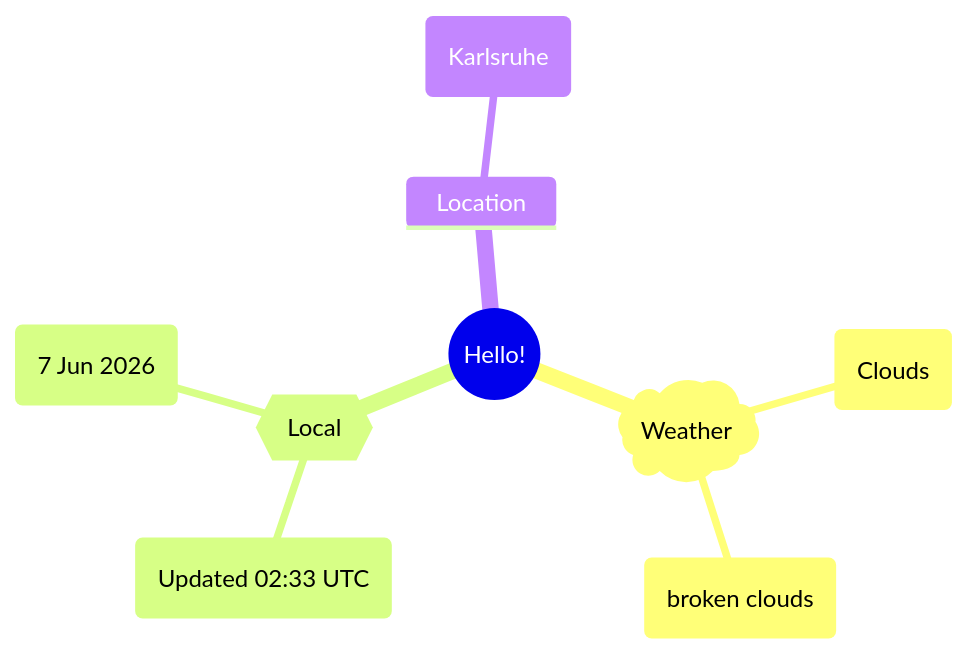
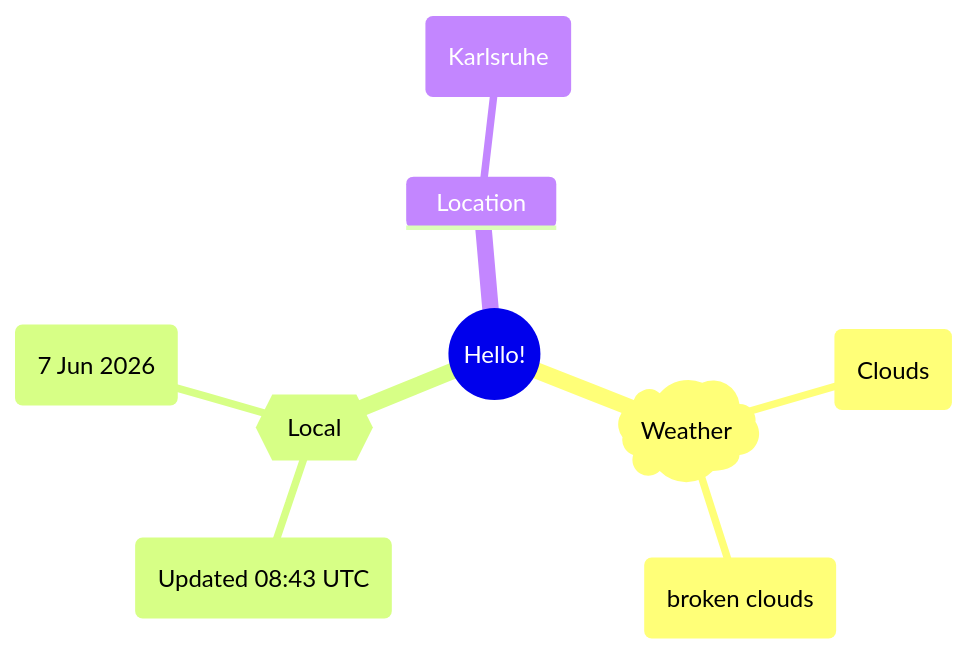
One commit to Xosrov/Xosrov changed the first of 2 diagrams in README.md. Above: the diagram before and after it, drawn with Mermaid.

Commit message:
[bot] updated images

````diff
--- a/README.md
+++ b/README.md
@@ -3,12 +3,12 @@
 ```mermaid
 mindmap
   root((Hello!))
     )Weather(
         (Clouds)
         (broken clouds)
     {{Local}}
-        (Updated 02:33 UTC)
+        (Updated 08:43 UTC)
         (7 Jun 2026)
     Location
         (Karlsruhe)
 ```
````
